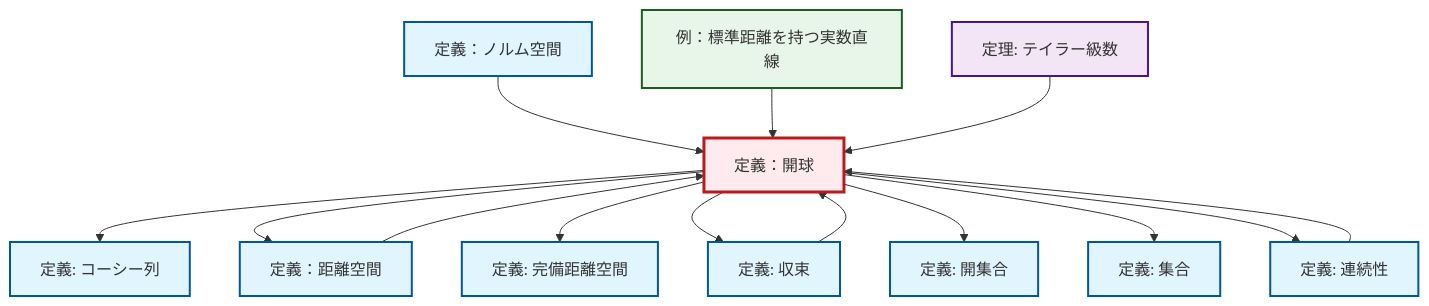
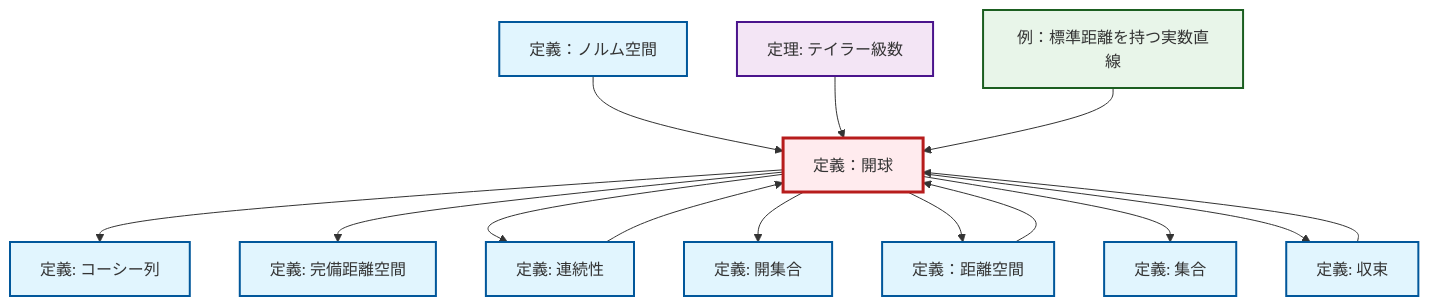
The diagram in content/ja/analysis/def-open-ball.qmd (RK0429/ModernMath), drawn with Mermaid before and after one commit. The commit also changed 672 other files, not shown here.

````diff
--- a/content/ja/analysis/def-open-ball.qmd
+++ b/content/ja/analysis/def-open-ball.qmd
@@ -90,44 +90,44 @@
 ```{mermaid}
-%%| fig-cap: "Local dependency graph"
+%%| fig-cap: "ローカル依存関係グラフ"
 graph TD
     classDef definition fill:#e1f5fe,stroke:#01579b,stroke-width:2px
     classDef theorem fill:#f3e5f5,stroke:#4a148c,stroke-width:2px
     classDef axiom fill:#fff3e0,stroke:#e65100,stroke-width:2px
     classDef example fill:#e8f5e9,stroke:#1b5e20,stroke-width:2px
     classDef current fill:#ffebee,stroke:#b71c1c,stroke-width:3px
     def-cauchy-sequence["定義: コーシー列"]:::definition
-    def-open-set["定義: 開集合"]:::definition
     def-set["定義: 集合"]:::definition
+    ex-real-line-metric["例：標準距離を持つ実数直線"]:::example
+    def-metric-space["定義：距離空間"]:::definition
+    def-convergence["定義: 収束"]:::definition
     def-open-ball["定義：開球"]:::definition
-    def-continuity["定義: 連続性"]:::definition
-    def-metric-space["定義：距離空間"]:::definition
-    ex-real-line-metric["例：標準距離を持つ実数直線"]:::example
-    def-convergence["定義: 収束"]:::definition
     def-complete-metric-space["定義: 完備距離空間"]:::definition
     thm-taylor-series["定理: テイラー級数"]:::theorem
     def-normed-vector-space["定義：ノルム空間"]:::definition
+    def-continuity["定義: 連続性"]:::definition
+    def-open-set["定義: 開集合"]:::definition
+    def-metric-space --> def-open-ball
     def-open-ball --> def-cauchy-sequence
+    def-normed-vector-space --> def-open-ball
+    def-continuity --> def-open-ball
+    def-open-ball --> def-complete-metric-space
+    def-open-ball --> def-continuity
+    thm-taylor-series --> def-open-ball
+    def-open-ball --> def-open-set
+    def-open-ball --> def-metric-space
+    ex-real-line-metric --> def-open-ball
     def-convergence --> def-open-ball
-    def-normed-vector-space --> def-open-ball
-    def-open-ball --> def-metric-space
-    def-continuity --> def-open-ball
-    ex-real-line-metric --> def-open-ball
-    def-open-ball --> def-complete-metric-space
+    def-open-ball --> def-set
     def-open-ball --> def-convergence
-    def-open-ball --> def-open-set
-    def-metric-space --> def-open-ball
-    thm-taylor-series --> def-open-ball
-    def-open-ball --> def-set
-    def-open-ball --> def-continuity
     class def-open-ball current
     click def-cauchy-sequence "def-cauchy-sequence.html" "コーシー列の定義へ"
-    click def-open-set "def-open-set.html" "開集合の定義へ"
     click def-set "def-set.html" "集合の定義へ"
-    click def-continuity "def-continuity.html" "連続性の定義へ"
+    click ex-real-line-metric "ex-real-line-metric.html" "例：標準距離を持つ実数直線へ"
     click def-metric-space "def-metric-space.html" "定義：距離空間へ"
-    click ex-real-line-metric "ex-real-line-metric.html" "例：標準距離を持つ実数直線へ"
     click def-convergence "def-convergence.html" "収束の定義へ"
     click def-complete-metric-space "def-complete-metric-space.html" "完備距離空間の定義へ"
     click thm-taylor-series "thm-taylor-series.html" "テイラー級数の定理へ"
     click def-normed-vector-space "def-normed-vector-space.html" "定義：ノルム空間へ"
+    click def-continuity "def-continuity.html" "連続性の定義へ"
+    click def-open-set "def-open-set.html" "開集合の定義へ"
 ```
````
